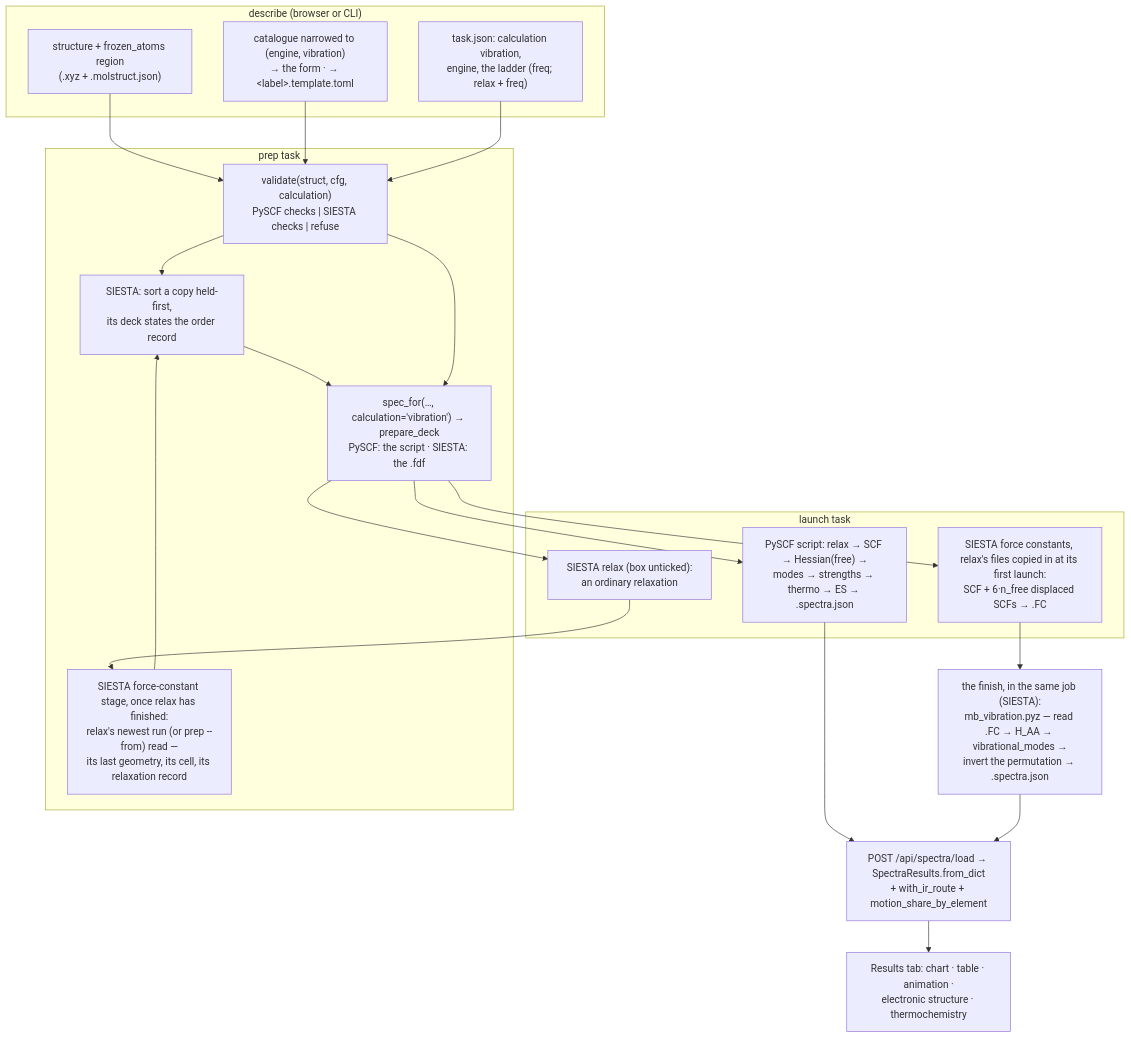
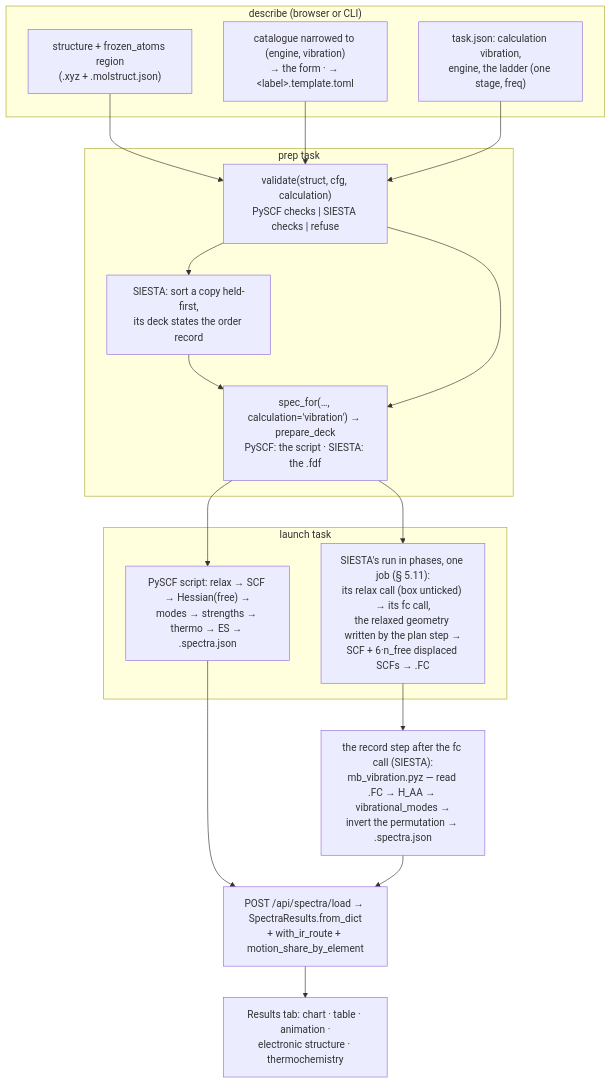
The second of 2 diagrams in docs/engines/vibration.md (Qing-LAB/molbuilder), drawn with Mermaid before and after one commit. The commit also changed other lines of this file and 114 other files, not shown here.

````diff
--- a/docs/engines/vibration.md
+++ b/docs/engines/vibration.md
@@ -3306,25 +3188,23 @@
 ```mermaid
 flowchart TB
   subgraph describe["describe (browser or CLI)"]
     ST["structure + frozen_atoms region<br/>(.xyz + .molstruct.json)"]
     CAT["catalogue narrowed to (engine, vibration)<br/>→ the form · → &lt;label&gt;.template.toml"]
-    TJ["task.json: calculation vibration,<br/>engine, the ladder (freq; relax + freq)"]
+    TJ["task.json: calculation vibration,<br/>engine, the ladder (one stage, freq)"]
   end
   subgraph prep["prep task"]
     G["validate(struct, cfg, calculation)<br/>PySCF checks #124; SIESTA checks #124; refuse"]
-    RX["SIESTA force-constant stage, once relax has finished:<br/>relax's newest run (or prep --from) read —<br/>its last geometry, its cell, its relaxation record"]
     SORT["SIESTA: sort a copy held-first,<br/>its deck states the order record"]
     D["spec_for(…, calculation='vibration') → prepare_deck<br/>PySCF: the script · SIESTA: the .fdf"]
   end
   subgraph run["launch task"]
     PY["PySCF script: relax → SCF → Hessian(free) →<br/>modes → strengths → thermo → ES → .spectra.json"]
-    SR["SIESTA relax (box unticked):<br/>an ordinary relaxation"]
-    SI["SIESTA force constants, relax's files copied in at its first launch:<br/>SCF + 6·n_free displaced SCFs → .FC"]
+    SR["SIESTA's run in phases, one job (§ 5.11):<br/>its relax call (box unticked) → its fc call,<br/>the relaxed geometry written by the plan step →<br/>SCF + 6·n_free displaced SCFs → .FC"]
   end
-  SUM["the finish, in the same job (SIESTA):<br/>mb_vibration.pyz — read .FC → H_AA → vibrational_modes →<br/>invert the permutation → .spectra.json"]
+  SUM["the record step after the fc call (SIESTA):<br/>mb_vibration.pyz — read .FC → H_AA → vibrational_modes →<br/>invert the permutation → .spectra.json"]
   LOAD["POST /api/spectra/load → SpectraResults.from_dict<br/>+ with_ir_route + motion_share_by_element"]
   VIEW["Results tab: chart · table · animation ·<br/>electronic structure · thermochemistry"]
   ST --> G; CAT --> G; TJ --> G; G --> SORT --> D; G --> D
-  D --> PY; D --> SR; SR --> RX; RX --> SORT; D --> SI
-  SI --> SUM; PY --> LOAD; SUM --> LOAD; LOAD --> VIEW
+  D --> PY; D --> SR
+  SR --> SUM; PY --> LOAD; SUM --> LOAD; LOAD --> VIEW
 ```
````
